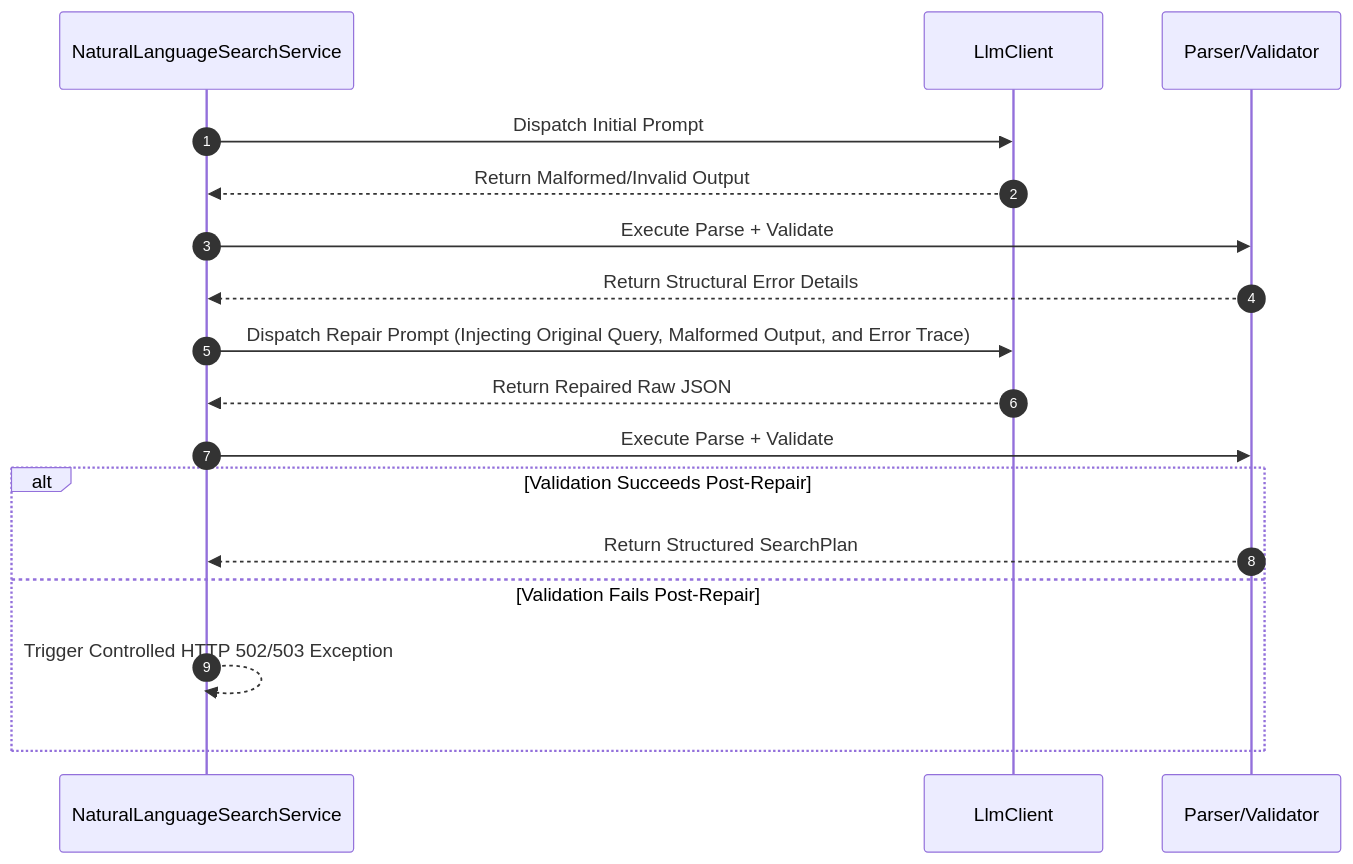
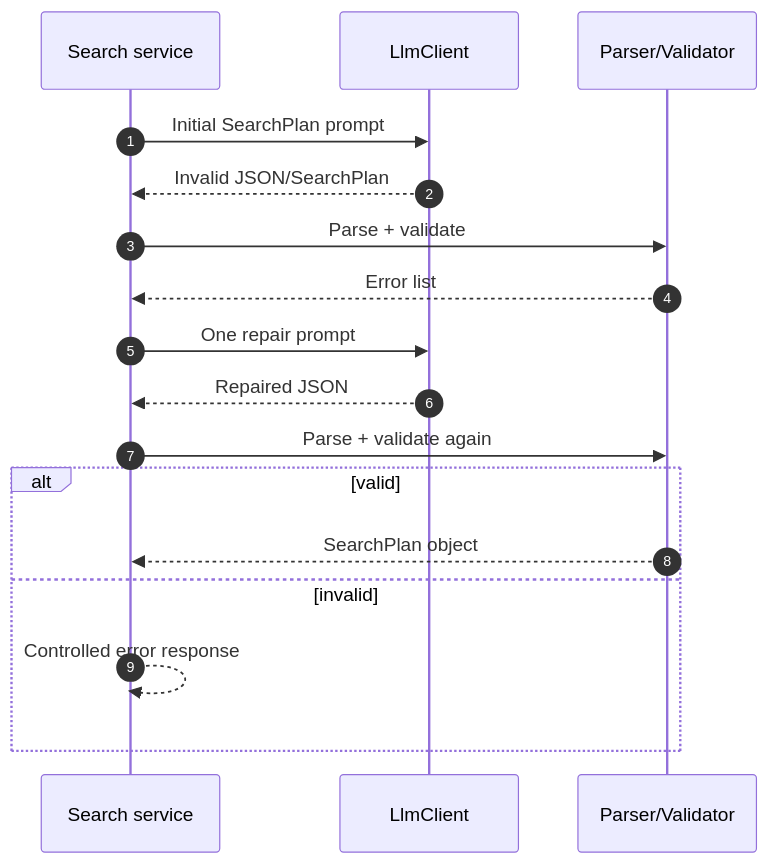
Before and after one commit to PhamVanMinhBinhThuan/soc-ai-search: the third of 12 diagrams in docs/sequence-flow.md, drawn with Mermaid. The commit also changed other lines of this file and 8 other files, not shown here.

````diff
--- a/docs/sequence-flow.md
+++ b/docs/sequence-flow.md
@@ -126,21 +71,21 @@
 ```mermaid
 sequenceDiagram
     autonumber
-    participant NL as NaturalLanguageSearchService
+    participant Service as Search service
     participant LLM as LlmClient
     participant Parser as Parser/Validator
 
-    NL->>LLM: Dispatch Initial Prompt
-    LLM-->>NL: Return Malformed/Invalid Output
-    NL->>Parser: Execute Parse + Validate
-    Parser-->>NL: Return Structural Error Details
-    NL->>LLM: Dispatch Repair Prompt (Injecting Original Query, Malformed Output, and Error Trace)
-    LLM-->>NL: Return Repaired Raw JSON
-    NL->>Parser: Execute Parse + Validate
+    Service->>LLM: Initial SearchPlan prompt
+    LLM-->>Service: Invalid JSON/SearchPlan
+    Service->>Parser: Parse + validate
+    Parser-->>Service: Error list
+    Service->>LLM: One repair prompt
+    LLM-->>Service: Repaired JSON
+    Service->>Parser: Parse + validate again
 
-    alt Validation Succeeds Post-Repair
-        Parser-->>NL: Return Structured SearchPlan
-    else Validation Fails Post-Repair
-        NL-->>NL: Trigger Controlled HTTP 502/503 Exception
+    alt valid
+        Parser-->>Service: SearchPlan object
+    else invalid
+        Service-->>Service: Controlled error response
     end
 ```
````
